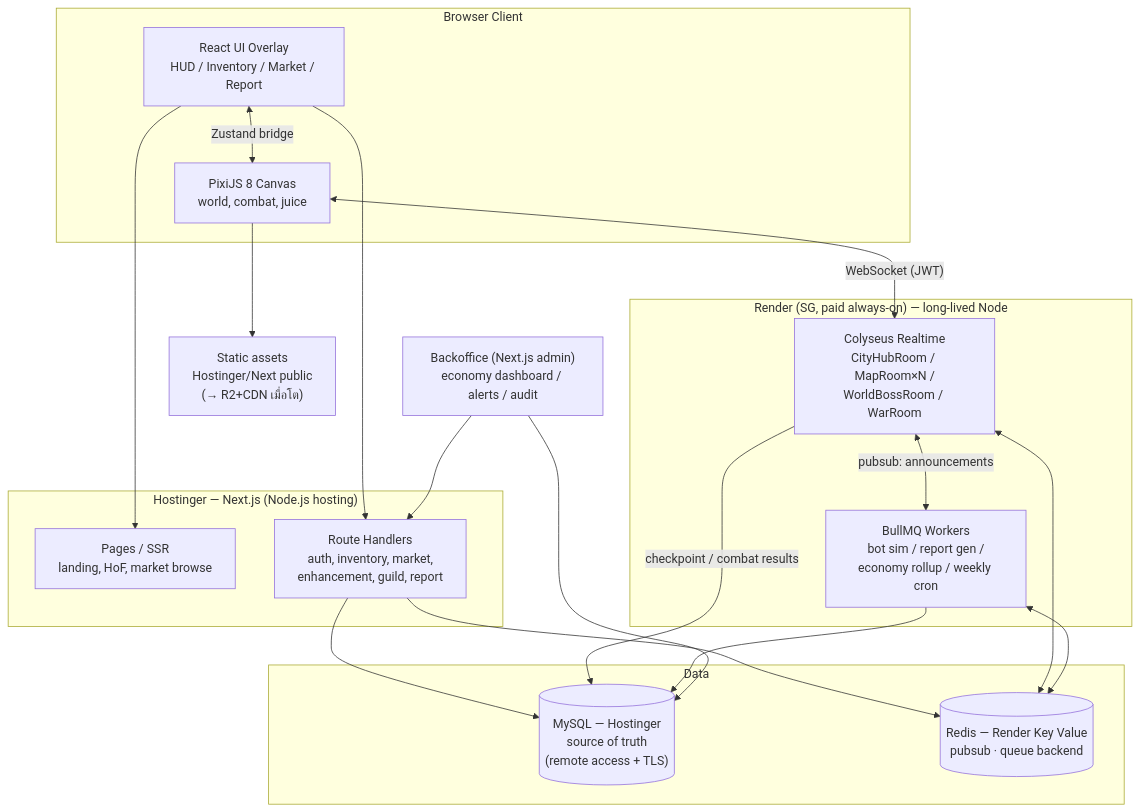
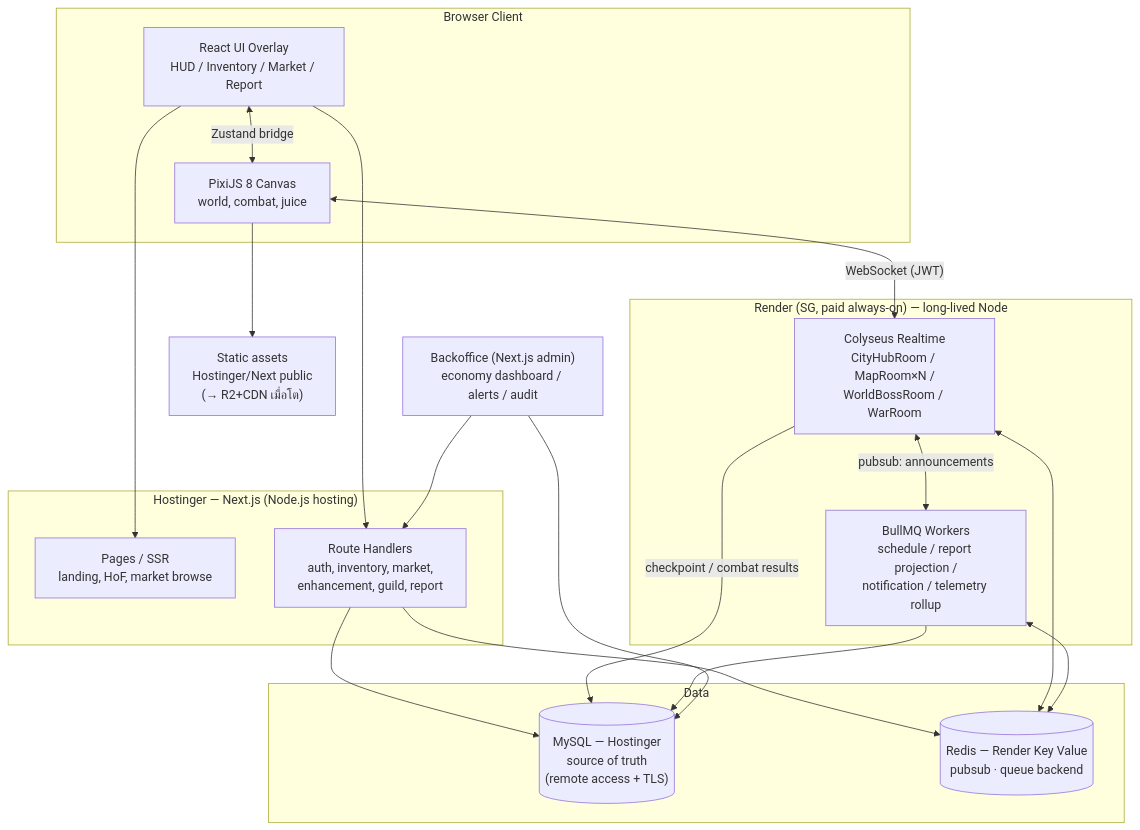
The diagram in docs/tech/deungpu_technical_architecture_v1_5_p0_scope_lock.md (onzipper/deung-pu-game), drawn with Mermaid before and after one commit. The commit also changed other lines of this file and 21 other files, not shown here.

````diff
--- a/docs/tech/deungpu_technical_architecture_v1_5_p0_scope_lock.md
+++ b/docs/tech/deungpu_technical_architecture_v1_5_p0_scope_lock.md
@@ -166,40 +180,41 @@
 ```mermaid
 flowchart TB
   subgraph Browser["Browser Client"]
     UI["React UI Overlay<br/>HUD / Inventory / Market / Report"]
     GAME["PixiJS 8 Canvas<br/>world, combat, juice"]
     UI <-->|Zustand bridge| GAME
   end
 
   subgraph WebHost["Hostinger — Next.js (Node.js hosting)"]
     WEB["Pages / SSR<br/>landing, HoF, market browse"]
     API["Route Handlers<br/>auth, inventory, market,<br/>enhancement, guild, report"]
   end
 
   subgraph GameInfra["Render (SG, paid always-on) — long-lived Node"]
     RT["Colyseus Realtime<br/>CityHubRoom / MapRoom×N /<br/>WorldBossRoom / WarRoom"]
-    WK["BullMQ Workers<br/>bot sim / report gen /<br/>economy rollup / weekly cron"]
+    %% SUPERSEDED D-067: historical "bot sim" worker label; worker must not create gameplay results
+    WK["BullMQ Workers<br/>schedule / report projection /<br/>notification / telemetry rollup"]
   end
 
   subgraph Data
     PG[("MySQL — Hostinger<br/>source of truth<br/>(remote access + TLS)")]
     RD[("Redis — Render Key Value<br/>pubsub · queue backend")]
   end
 
   CDN["Static assets<br/>Hostinger/Next public<br/>(→ R2+CDN เมื่อโต)"]
   BO["Backoffice (Next.js admin)<br/>economy dashboard / alerts / audit"]
 
   UI --> API
   UI --> WEB
   GAME <-->|"WebSocket (JWT)"| RT
   GAME --> CDN
   API --> PG
   API --> RD
   RT <--> RD
   RT -->|"checkpoint / combat results"| PG
   WK --> PG
   WK <--> RD
   RT <-->|pubsub: announcements| WK
   BO --> API
   BO --> PG
 ```
````
